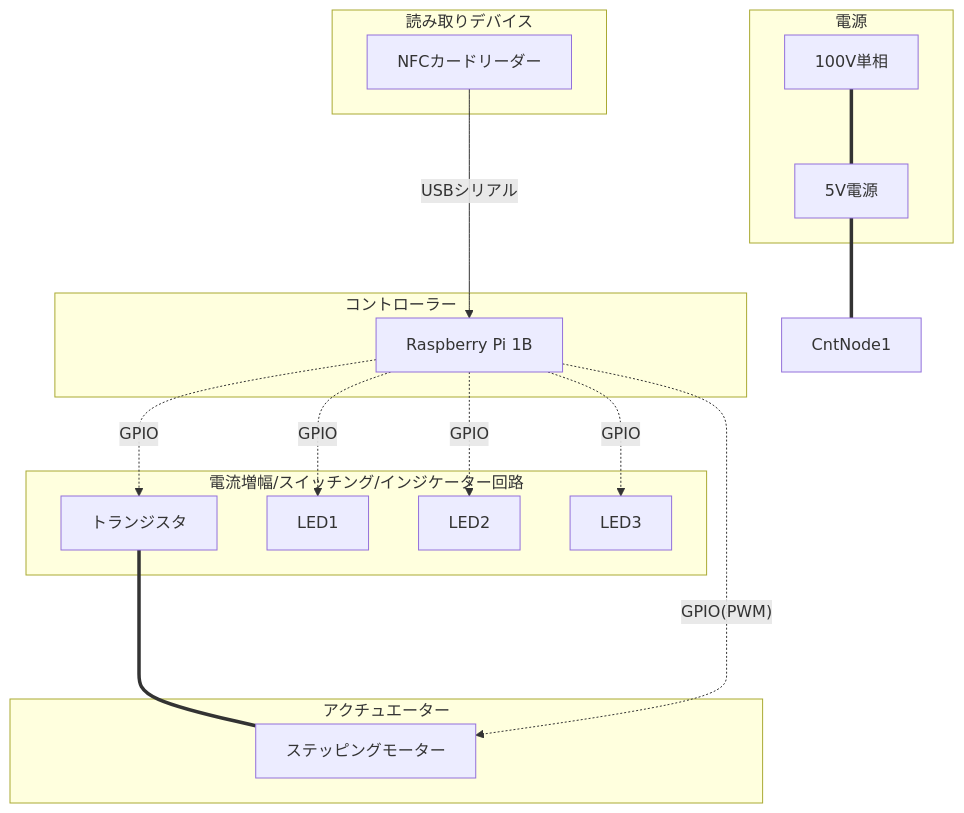
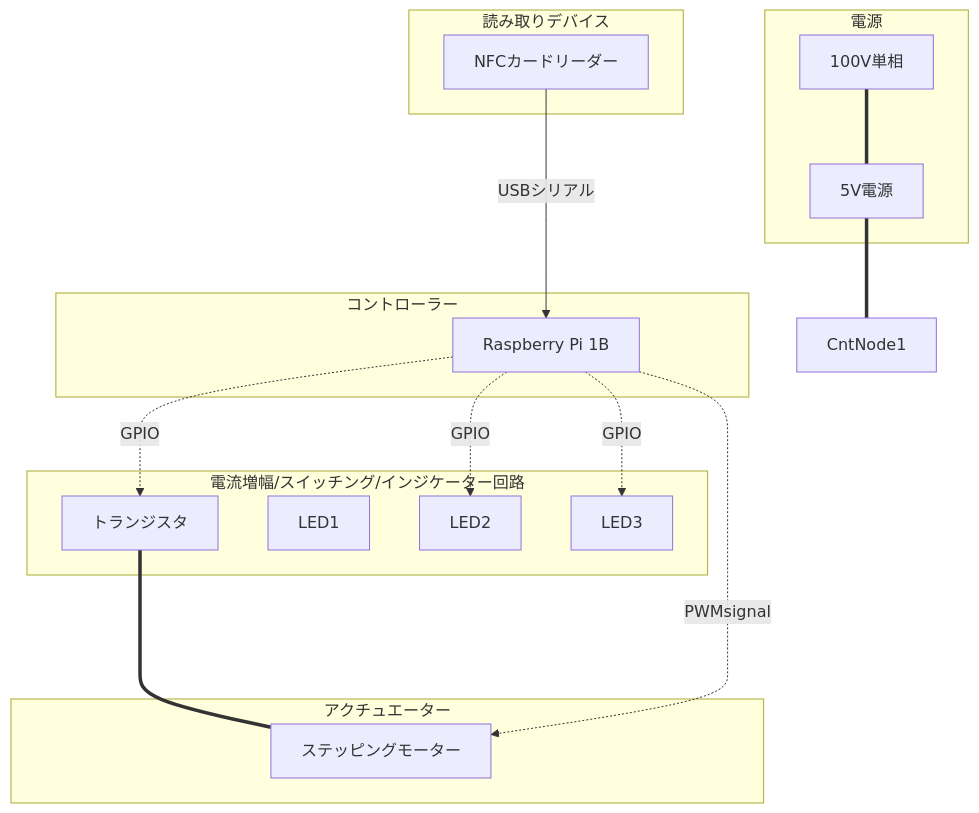
Before and after one commit to YUKI-SOKENDAI/SmartLock: the first of 3 diagrams in memo/SystemMEMO.md, drawn with Mermaid. The commit also changed other lines of this file, not shown here.

````diff
--- a/memo/SystemMEMO.md
+++ b/memo/SystemMEMO.md
@@ -11,31 +11,30 @@
 ```mermaid
 flowchart TD;
     subgraph コントローラー
         CntNode0[Raspberry Pi 1B];
     end
     subgraph 電源
         100V単相;
         5V電源;
     end
     subgraph アクチュエーター
         ステッピングモーター;
     end
     subgraph 電流増幅/スイッチング/インジケーター回路
         トランジスタ;
         LED1;
         LED2;
         LED3;
     end
     subgraph 読み取りデバイス
         NFCカードリーダー;
     end
     100V単相===5V電源;
     5V電源===CntNode1;
     NFCカードリーダー--->|USBシリアル|CntNode0;
     CntNode0-.GPIO-.->トランジスタ;
     トランジスタ====ステッピングモーター;
-    CntNode0-.GPIO(PWM)-.->ステッピングモーター;
-    CntNode0-.GPIO-.->LED1;
+    CntNode0-.PWMsignal-.->ステッピングモーター;
     CntNode0-.GPIO-.->LED2;
     CntNode0-.GPIO-.->LED3;
 ```
````
